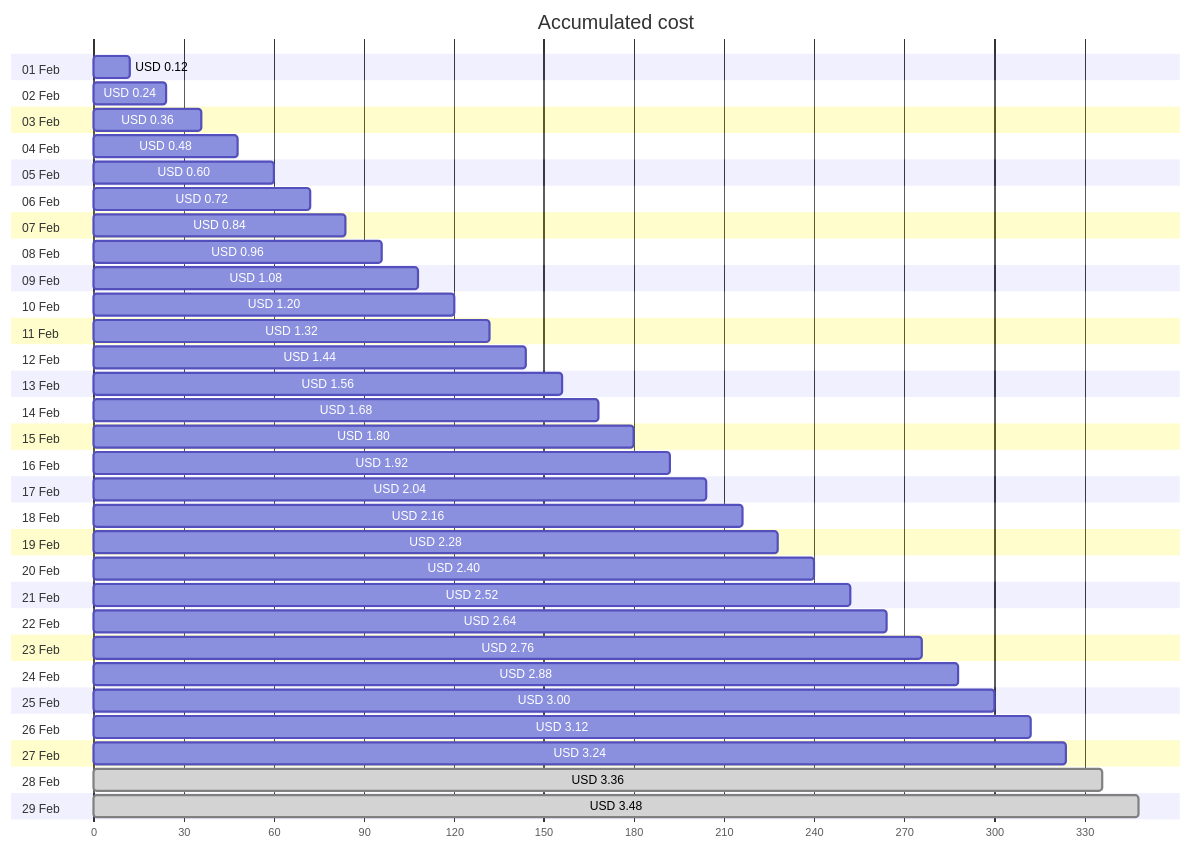
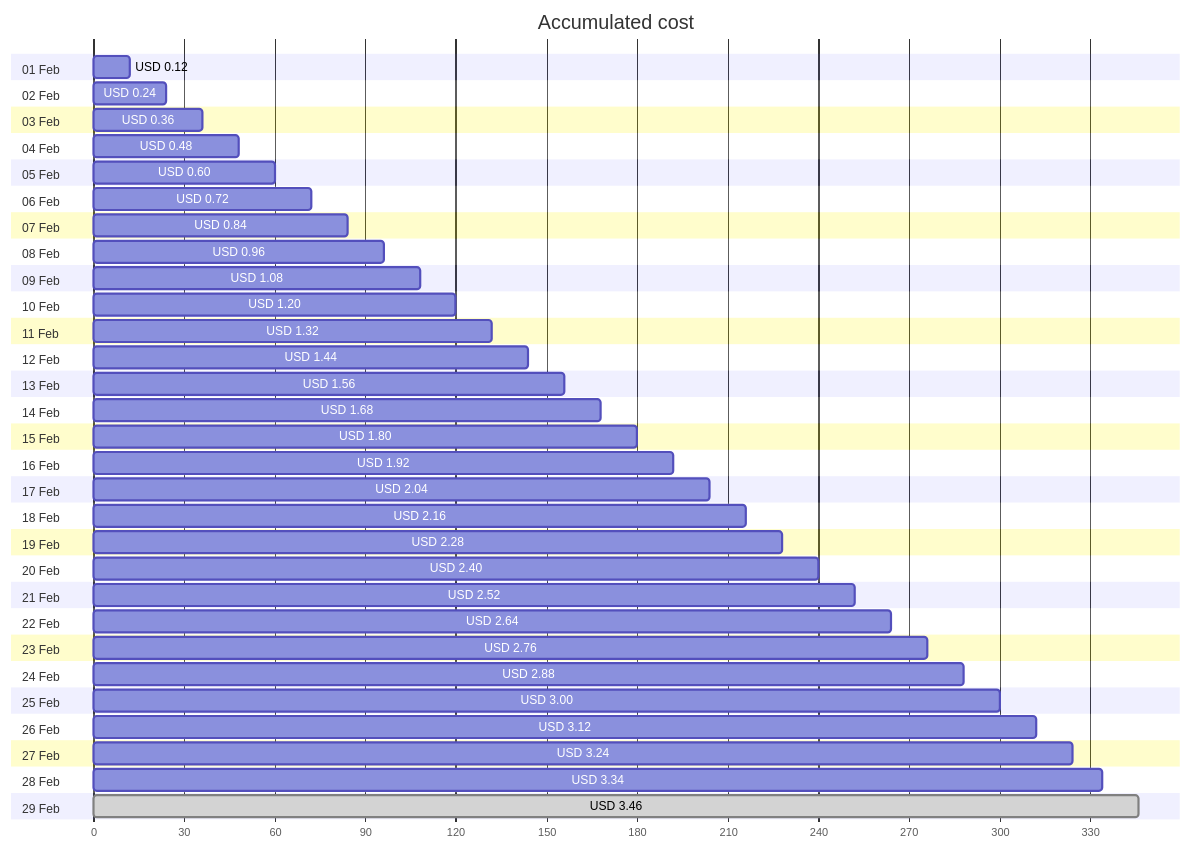
The first of 4 diagrams in cost-reports/personal-network/backup-server-public-ip.md (jpfulton/azure-personal-reports), drawn with Mermaid before and after one commit. The commit also changed other lines of this file and 8 other files, not shown here.

````diff
--- a/cost-reports/personal-network/backup-server-public-ip.md
+++ b/cost-reports/personal-network/backup-server-public-ip.md
@@ -20,64 +20,64 @@
 ```mermaid
 gantt
    title Accumulated cost
    dateFormat  X
    axisFormat %s
    section 01 Feb
    USD 0.12 :0, 12
    section 02 Feb
    USD 0.24 :0, 24
    section 03 Feb
    USD 0.36 :0, 36
    section 04 Feb
    USD 0.48 :0, 48
    section 05 Feb
    USD 0.60 :0, 60
    section 06 Feb
    USD 0.72 :0, 72
    section 07 Feb
    USD 0.84 :0, 84
    section 08 Feb
    USD 0.96 :0, 96
    section 09 Feb
    USD 1.08 :0, 108
    section 10 Feb
    USD 1.20 :0, 120
    section 11 Feb
    USD 1.32 :0, 132
    section 12 Feb
    USD 1.44 :0, 144
    section 13 Feb
    USD 1.56 :0, 156
    section 14 Feb
    USD 1.68 :0, 168
    section 15 Feb
    USD 1.80 :0, 180
    section 16 Feb
    USD 1.92 :0, 192
    section 17 Feb
    USD 2.04 :0, 204
    section 18 Feb
    USD 2.16 :0, 216
    section 19 Feb
    USD 2.28 :0, 228
    section 20 Feb
    USD 2.40 :0, 240
    section 21 Feb
    USD 2.52 :0, 252
    section 22 Feb
    USD 2.64 :0, 264
    section 23 Feb
    USD 2.76 :0, 276
    section 24 Feb
    USD 2.88 :0, 288
    section 25 Feb
    USD 3.00 :0, 300
    section 26 Feb
    USD 3.12 :0, 312
    section 27 Feb
    USD 3.24 :0, 324
    section 28 Feb
-   USD 3.36 : done, 0, 336
+   USD 3.34 :0, 334
    section 29 Feb
-   USD 3.48 : done, 0, 348
+   USD 3.46 : done, 0, 346
 ```
````
